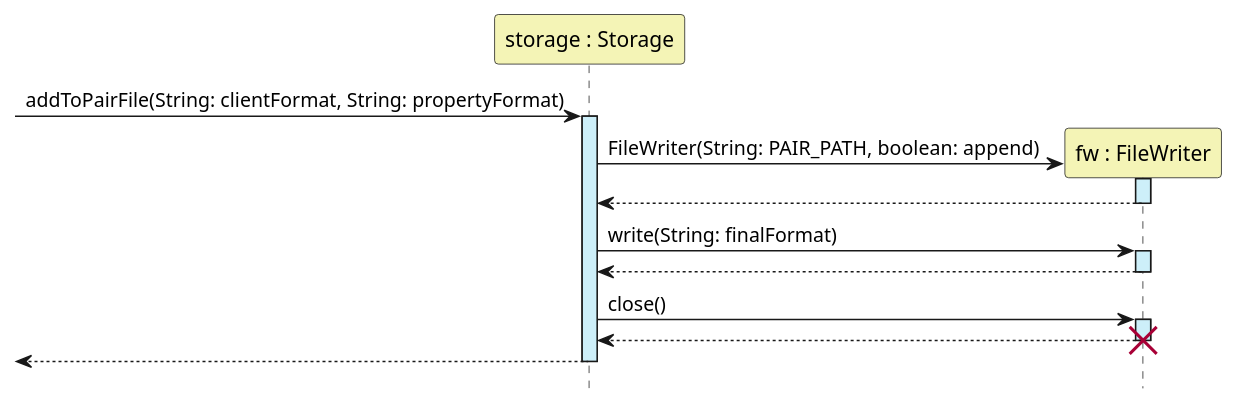
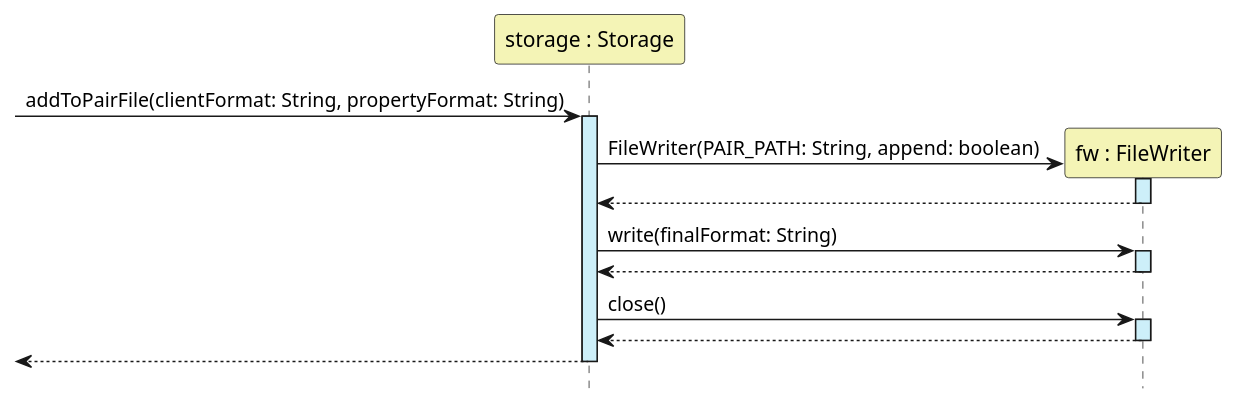
The diagram in docs/diagrams/PlantUML File/StorageAddPairSequenceDiagram.puml (nus-cs2113-AY2223S1/tp), drawn with PlantUML before and after one commit. The commit also changed 16 other files, not shown here.

Commit message:
Update Developer Guide with Find feature and fix incorrect UML diagram

```diff
--- a/docs/diagrams/PlantUML File/StorageAddPairSequenceDiagram.puml
+++ b/docs/diagrams/PlantUML File/StorageAddPairSequenceDiagram.puml
@@ -1,27 +1,26 @@
 @startuml
 'https://plantuml.com/sequence-diagram
 
 hide footbox
 Participant "storage : Storage" as Storage #F4F4B6
 Participant "fw : FileWriter" as FileWriter #F4F4B6
 
 
-->Storage:addToPairFile(String: clientFormat, String: propertyFormat)
+->Storage:addToPairFile(clientFormat: String, propertyFormat: String)
 activate Storage #CDEFF9
 
 create FileWriter
-Storage -> FileWriter:FileWriter(String: PAIR_PATH, boolean: append)
+Storage -> FileWriter:FileWriter(PAIR_PATH: String, append: boolean)
 activate FileWriter #CDEFF9
 return
 
-Storage -> FileWriter:write(String: finalFormat)
+Storage -> FileWriter:write(finalFormat: String)
 activate FileWriter #CDEFF9
 return
 
 Storage -> FileWriter:close()
 activate FileWriter #CDEFF9
 return
-destroy FileWriter
 
 return
 @enduml
```
